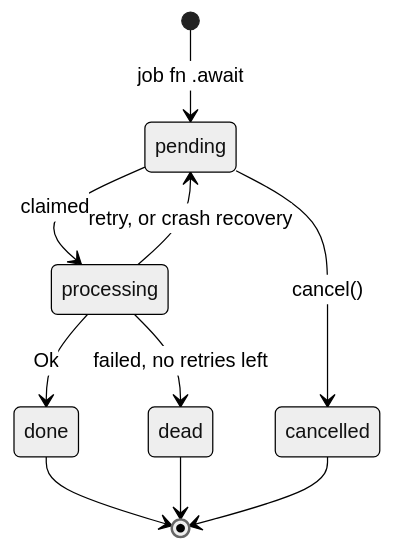
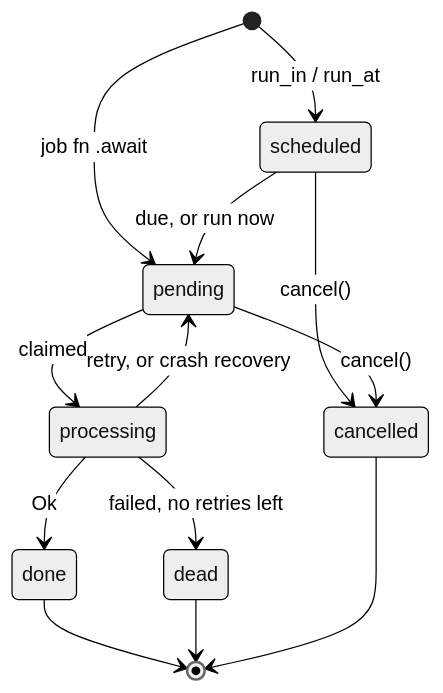
The fourth of 4 diagrams in README.md (penso/butler), drawn with Mermaid (neutral theme) before and after one commit. The commit also changed other lines of this file and 26 other files, not shown here.

````diff
--- a/README.md
+++ b/README.md
@@ -434,12 +437,15 @@
 ```mermaid
 stateDiagram-v2
     [*] --> pending: job fn .await
+    [*] --> scheduled: run_in / run_at
+    scheduled --> pending: due, or run now
+    scheduled --> cancelled: cancel()
     pending --> processing: claimed
     processing --> done: Ok
     processing --> pending: retry, or crash recovery
     processing --> dead: failed, no retries left
     pending --> cancelled: cancel()
     done --> [*]
     dead --> [*]
     cancelled --> [*]
 ```
````
